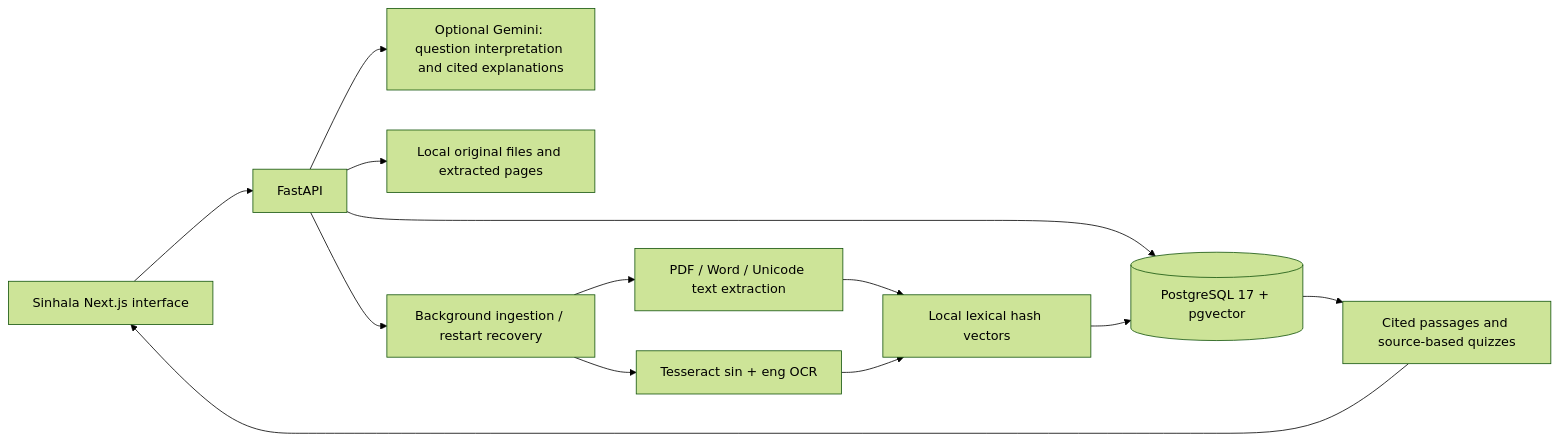
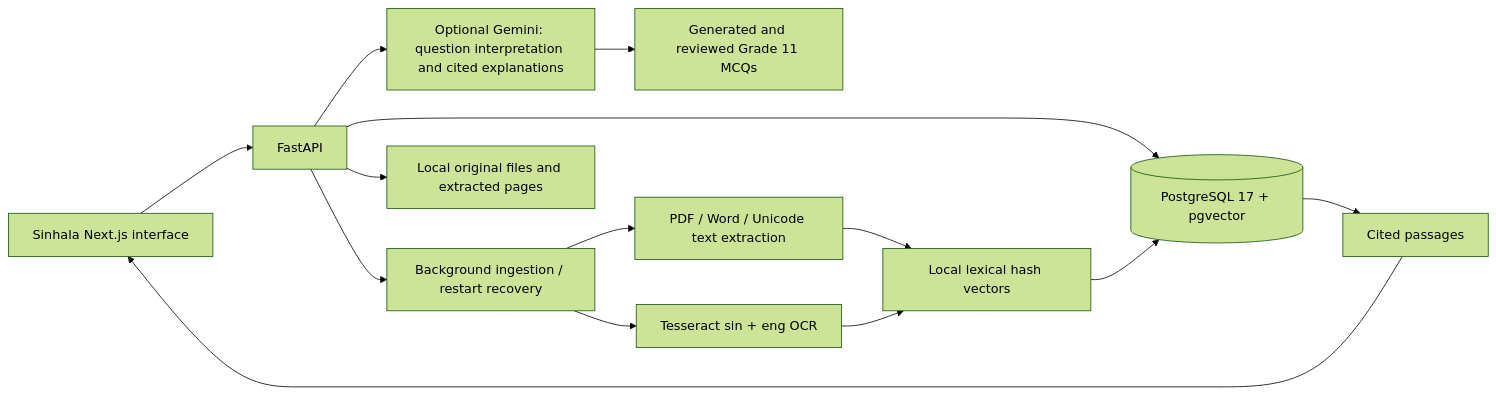
Before and after one commit to deshandinidu2001/sinhala-study-assistant: the diagram in README.md, drawn with Mermaid (forest theme). The commit also changed other lines of this file and 14 other files, not shown here.

````diff
--- a/README.md
+++ b/README.md
@@ -61,15 +62,16 @@
 ```mermaid
 flowchart LR
     Browser[Sinhala Next.js interface] --> API[FastAPI]
     API --> Gemini[Optional Gemini: question interpretation and cited explanations]
     API --> Database[(PostgreSQL 17 + pgvector)]
     API --> Storage[Local original files and extracted pages]
     API --> Worker[Background ingestion / restart recovery]
     Worker --> Extract[PDF / Word / Unicode text extraction]
     Worker --> OCR[Tesseract sin + eng OCR]
     Extract --> Index[Local lexical hash vectors]
     OCR --> Index
     Index --> Database
-    Database --> Sources[Cited passages and source-based quizzes]
+    Database --> Sources[Cited passages]
+    Gemini --> Quizzes[Generated and reviewed Grade 11 MCQs]
     Sources --> Browser
 ```
````
